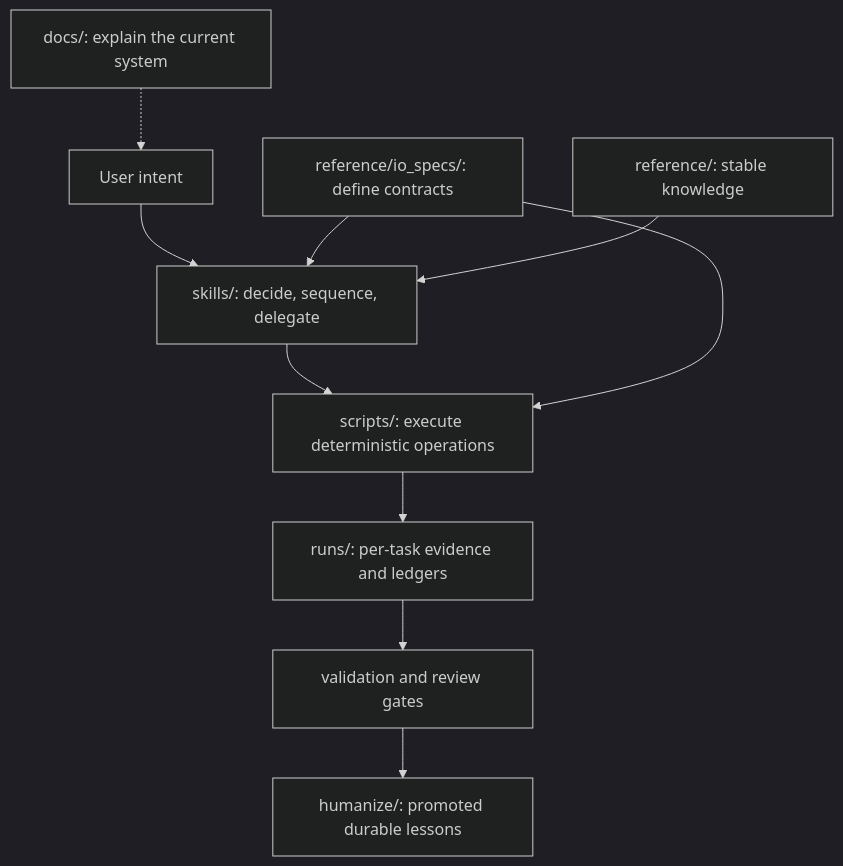
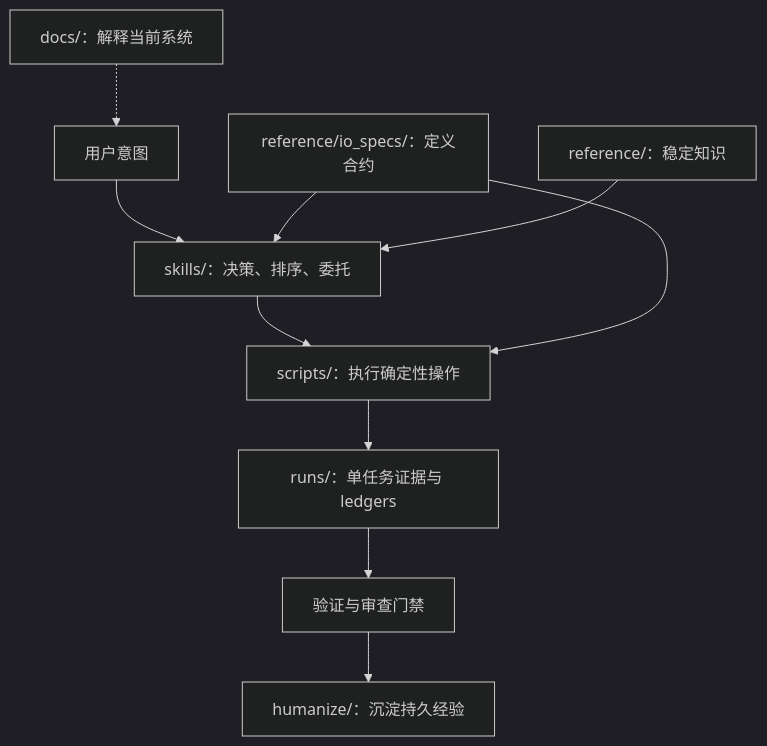
One commit to xLLM-AI/xllm-workflow changed the diagram in docs/architecture/repository-map.md. Above: the diagram before and after it, drawn with Mermaid (dark theme). The commit also changed other lines of this file and 10 other files, not shown here.

````diff
--- a/docs/architecture/repository-map.md
+++ b/docs/architecture/repository-map.md
@@ -7,12 +7,12 @@
 ```mermaid
 flowchart TD
-  U["User intent"] --> S["skills/: decide, sequence, delegate"]
-  S --> X["scripts/: execute deterministic operations"]
-  C["reference/io_specs/: define contracts"] --> S
+  U["用户意图"] --> S["skills/：决策、排序、委托"]
+  S --> X["scripts/：执行确定性操作"]
+  C["reference/io_specs/：定义合约"] --> S
   C --> X
-  K["reference/: stable knowledge"] --> S
-  X --> R["runs/: per-task evidence and ledgers"]
-  R --> V["validation and review gates"]
-  V --> H["humanize/: promoted durable lessons"]
-  D["docs/: explain the current system"] -.-> U
+  K["reference/：稳定知识"] --> S
+  X --> R["runs/：单任务证据与 ledgers"]
+  R --> V["验证与审查门禁"]
+  V --> H["humanize/：沉淀持久经验"]
+  D["docs/：解释当前系统"] -.-> U
 ```
````
